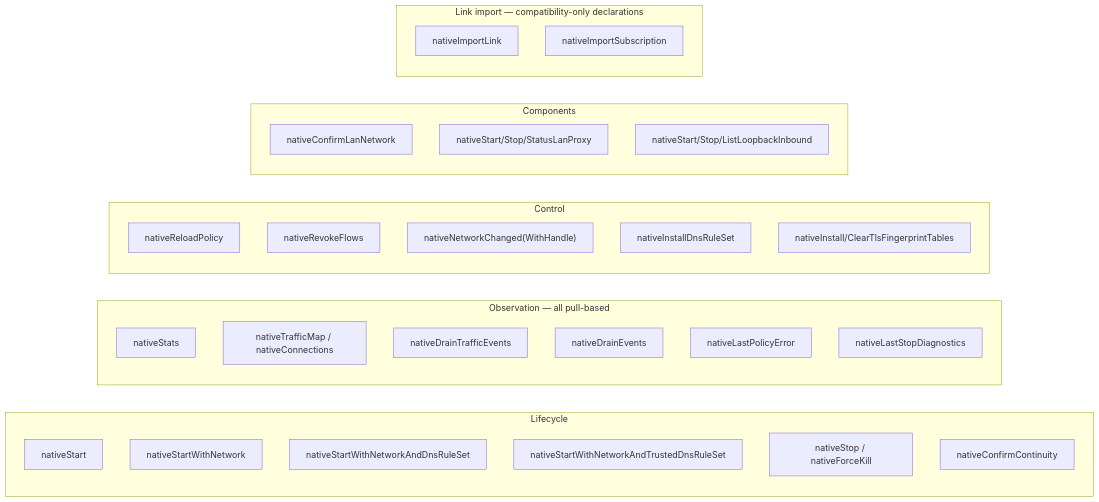
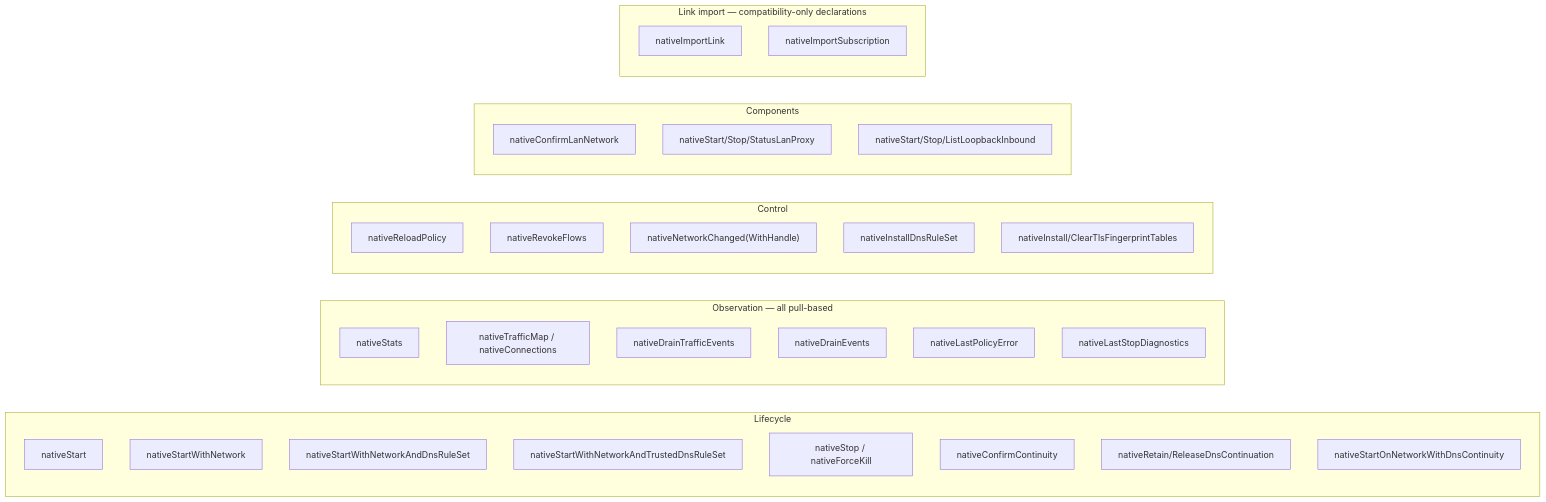
One commit to foxhole-team/foxhole-core changed the fourth of 9 diagrams in docs/architecture/04-app-core-boundary.md. Above: the diagram before and after it, drawn with Mermaid. The commit also changed other lines of this file and 1788 other files, not shown here.

````diff
--- a/docs/architecture/04-app-core-boundary.md
+++ b/docs/architecture/04-app-core-boundary.md
@@ -198,35 +274,37 @@
 ```mermaid
 flowchart LR
     subgraph life["Lifecycle"]
         L1["nativeStart"]
         L2["nativeStartWithNetwork"]
         L3["nativeStartWithNetworkAndDnsRuleSet"]
         L4["nativeStartWithNetworkAndTrustedDnsRuleSet"]
         L5["nativeStop / nativeForceKill"]
         L6["nativeConfirmContinuity"]
+        L7["nativeRetain/ReleaseDnsContinuation"]
+        L8["nativeStartOnNetworkWithDnsContinuity"]
     end
     subgraph obs["Observation — all pull-based"]
         O1["nativeStats"]
         O2["nativeTrafficMap / nativeConnections"]
         O3["nativeDrainTrafficEvents"]
         O4["nativeDrainEvents"]
         O5["nativeLastPolicyError"]
         O6["nativeLastStopDiagnostics"]
     end
     subgraph ctl["Control"]
         C1["nativeReloadPolicy"]
         C2["nativeRevokeFlows"]
         C3["nativeNetworkChanged(WithHandle)"]
         C4["nativeInstallDnsRuleSet"]
         C5["nativeInstall/ClearTlsFingerprintTables"]
     end
     subgraph comp["Components"]
         P1["nativeConfirmLanNetwork"]
         P2["nativeStart/Stop/StatusLanProxy"]
         P3["nativeStart/Stop/ListLoopbackInbound"]
     end
     subgraph imp["Link import — compatibility-only declarations"]
         K1["nativeImportLink"]
         K2["nativeImportSubscription"]
     end
 ```
````
